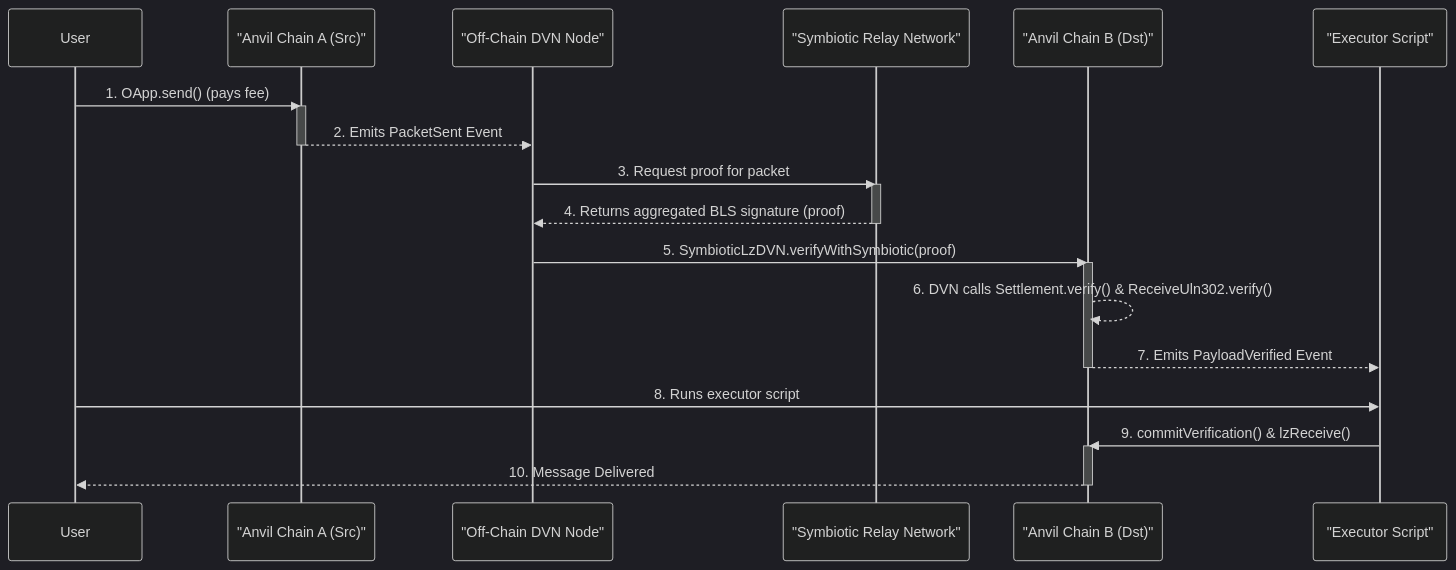
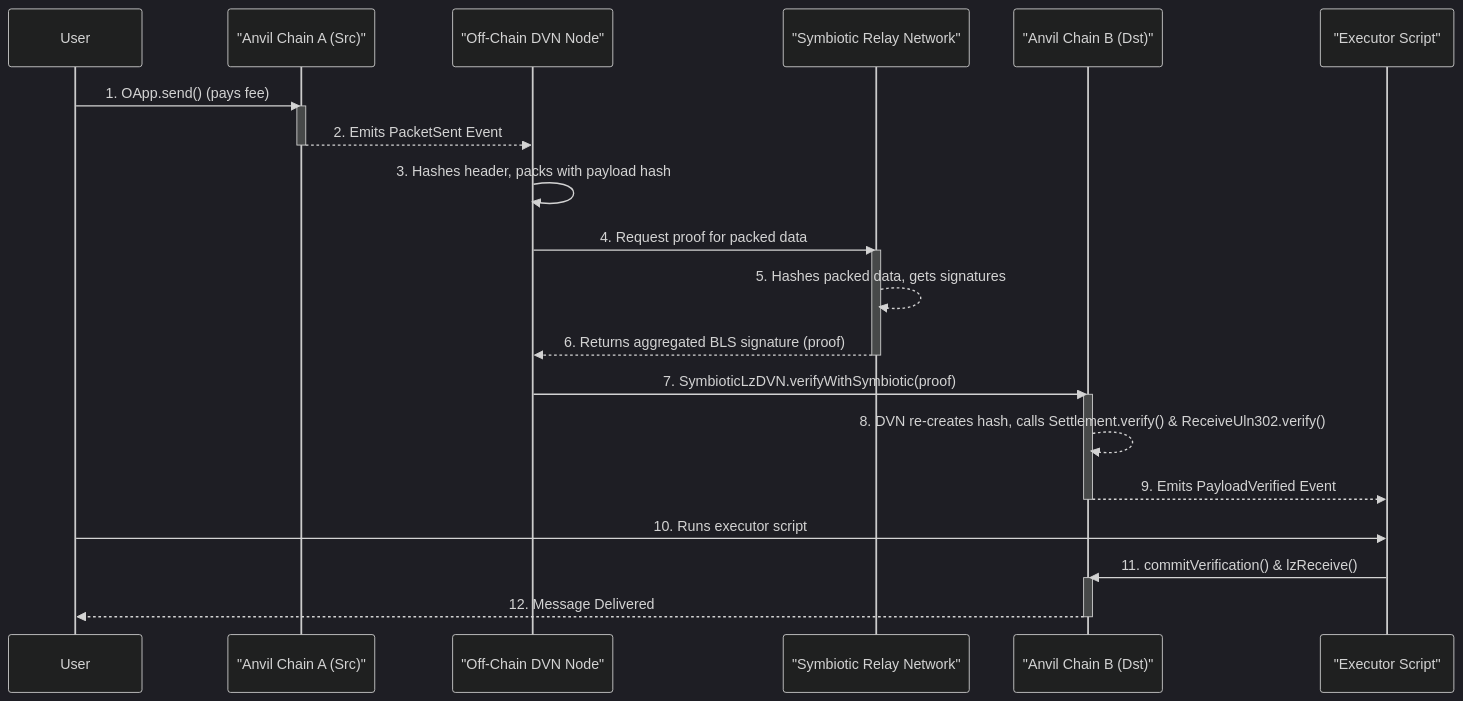
One commit to gaib-ai/symbiotic-super-sum changed the diagram in README.md. Above: the diagram before and after it, drawn with Mermaid (dark theme). The commit also changed other lines of this file, not shown here.

Commit message:
refactor: update README to reflect changes in packet processing and deployment paths
- Revised the sequence diagram to accurately depict the updated steps in message packing and verification processes.
- Changed the path for retrieving the AID contract address in the deployment script to reflect the new directory structure.

````diff
--- a/README.md
+++ b/README.md
@@ -46,31 +46,33 @@
 ```mermaid
 sequenceDiagram
     participant User
     participant ChainA as "Anvil Chain A (Src)"
     participant dvn-node as "Off-Chain DVN Node"
     participant relay-network as "Symbiotic Relay Network"
     participant ChainB as "Anvil Chain B (Dst)"
     participant Executor as "Executor Script"
 
     User->>ChainA: 1. OApp.send() (pays fee)
     activate ChainA
     ChainA-->>dvn-node: 2. Emits PacketSent Event
     deactivate ChainA
 
-    dvn-node->>relay-network: 3. Request proof for packet
+    dvn-node->>dvn-node: 3. Hashes header, packs with payload hash
+    dvn-node->>relay-network: 4. Request proof for packed data
     activate relay-network
-    relay-network-->>dvn-node: 4. Returns aggregated BLS signature (proof)
+    relay-network-->>relay-network: 5. Hashes packed data, gets signatures
+    relay-network-->>dvn-node: 6. Returns aggregated BLS signature (proof)
     deactivate relay-network
     
-    dvn-node->>ChainB: 5. SymbioticLzDVN.verifyWithSymbiotic(proof)
+    dvn-node->>ChainB: 7. SymbioticLzDVN.verifyWithSymbiotic(proof)
     activate ChainB
-    ChainB-->>ChainB: 6. DVN calls Settlement.verify() & ReceiveUln302.verify()
-    ChainB-->>Executor: 7. Emits PayloadVerified Event
+    ChainB-->>ChainB: 8. DVN re-creates hash, calls Settlement.verify() & ReceiveUln302.verify()
+    ChainB-->>Executor: 9. Emits PayloadVerified Event
     deactivate ChainB
 
-    User->>Executor: 8. Runs executor script
-    Executor->>ChainB: 9. commitVerification() & lzReceive()
+    User->>Executor: 10. Runs executor script
+    Executor->>ChainB: 11. commitVerification() & lzReceive()
     activate ChainB
-    ChainB-->>User: 10. Message Delivered
+    ChainB-->>User: 12. Message Delivered
     deactivate ChainB
 ```
````
